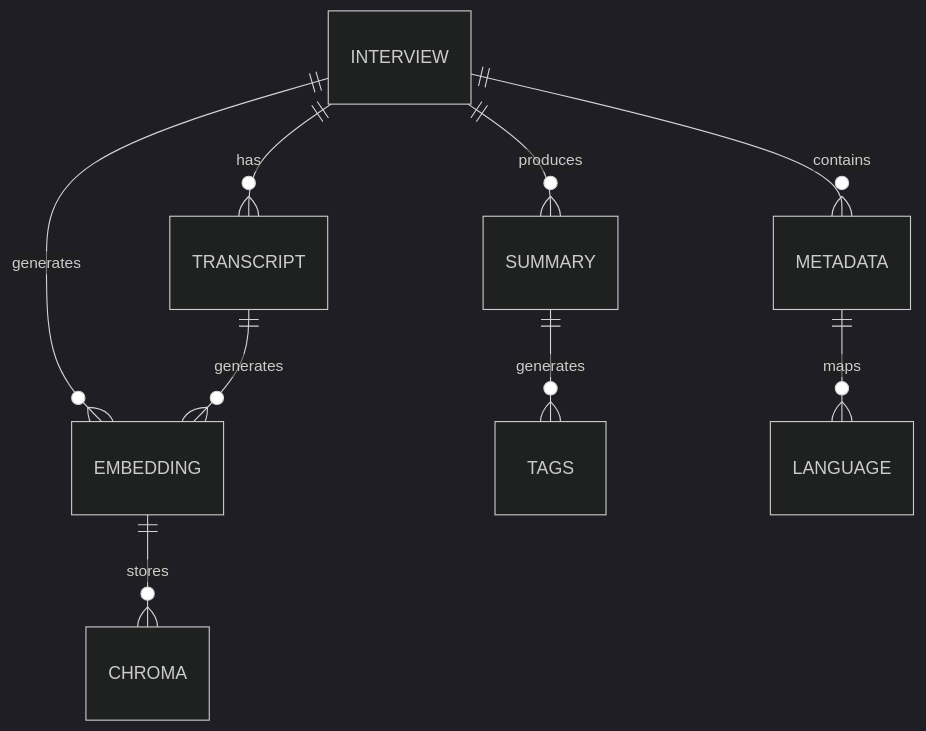
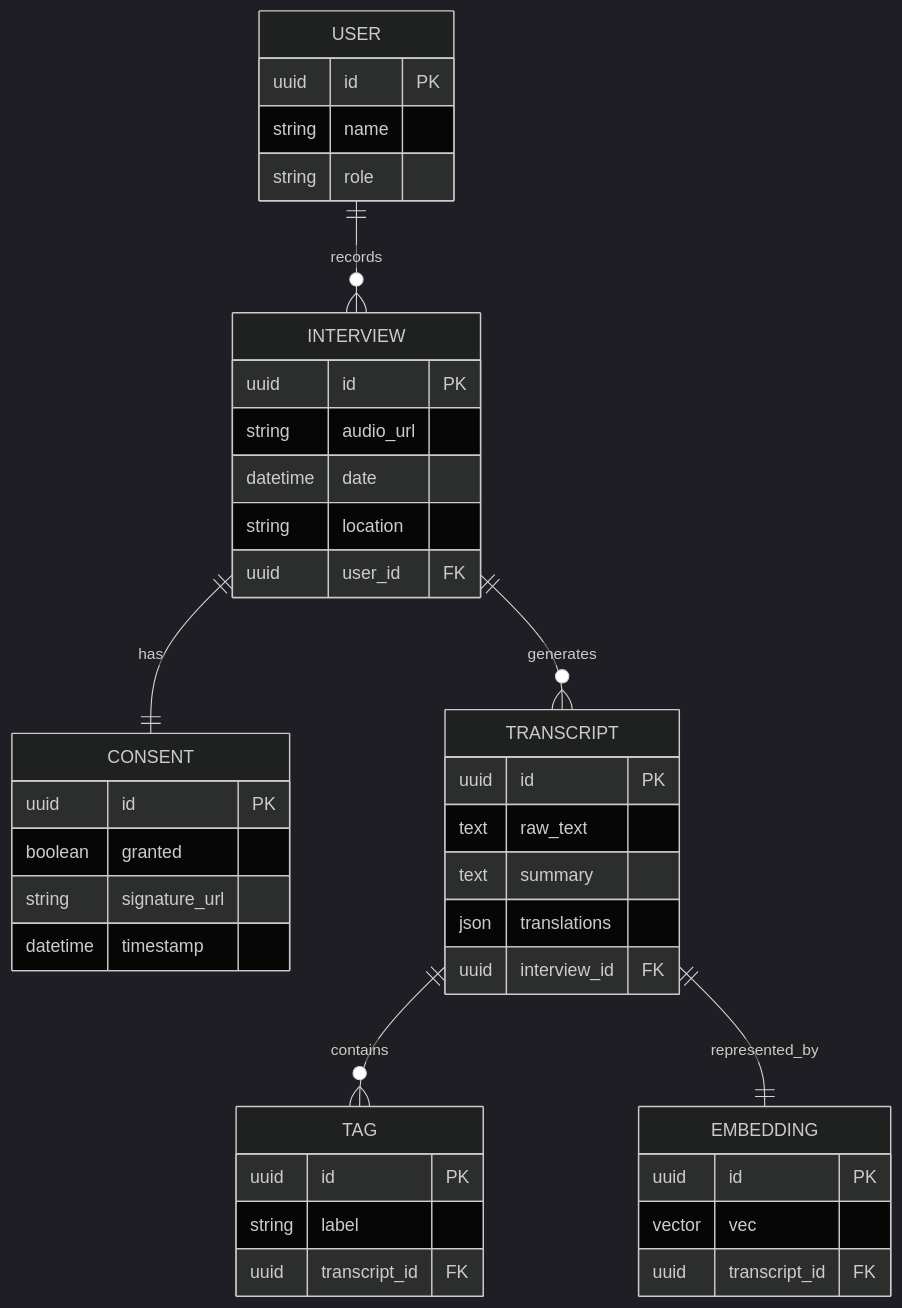
Before and after one commit to Subhadip-Paul2006/LokKatha-AI: the second of 4 diagrams in docs/TRD.md, drawn with Mermaid (dark theme). The commit also changed other lines of this file and 5 other files, not shown here.

````diff
--- a/docs/TRD.md
+++ b/docs/TRD.md
@@ -60,11 +30,44 @@
 ```mermaid
 erDiagram
-    INTERVIEW ||--o{ TRANSCRIPT : has
-    INTERVIEW ||--o{ SUMMARY : produces
-    INTERVIEW ||--o{ EMBEDDING : generates
-    TRANSCRIPT ||--o{ EMBEDDING : generates
-    SUMMARY ||--o{ TAGS : generates
-    EMBEDDING ||--o{ CHROMA : stores
-    INTERVIEW ||--o{ METADATA : contains
-    METADATA ||--o{ LANGUAGE : maps
+    USER ||--o{ INTERVIEW : records
+    INTERVIEW ||--|| CONSENT : has
+    INTERVIEW ||--o{ TRANSCRIPT : generates
+    TRANSCRIPT ||--o{ TAG : contains
+    TRANSCRIPT ||--|| EMBEDDING : represented_by
+    
+    USER {
+        uuid id PK
+        string name
+        string role
+    }
+    INTERVIEW {
+        uuid id PK
+        string audio_url
+        datetime date
+        string location
+        uuid user_id FK
+    }
+    CONSENT {
+        uuid id PK
+        boolean granted
+        string signature_url
+        datetime timestamp
+    }
+    TRANSCRIPT {
+        uuid id PK
+        text raw_text
+        text summary
+        json translations
+        uuid interview_id FK
+    }
+    TAG {
+        uuid id PK
+        string label
+        uuid transcript_id FK
+    }
+    EMBEDDING {
+        uuid id PK
+        vector vec
+        uuid transcript_id FK
+    }
 ```
````
